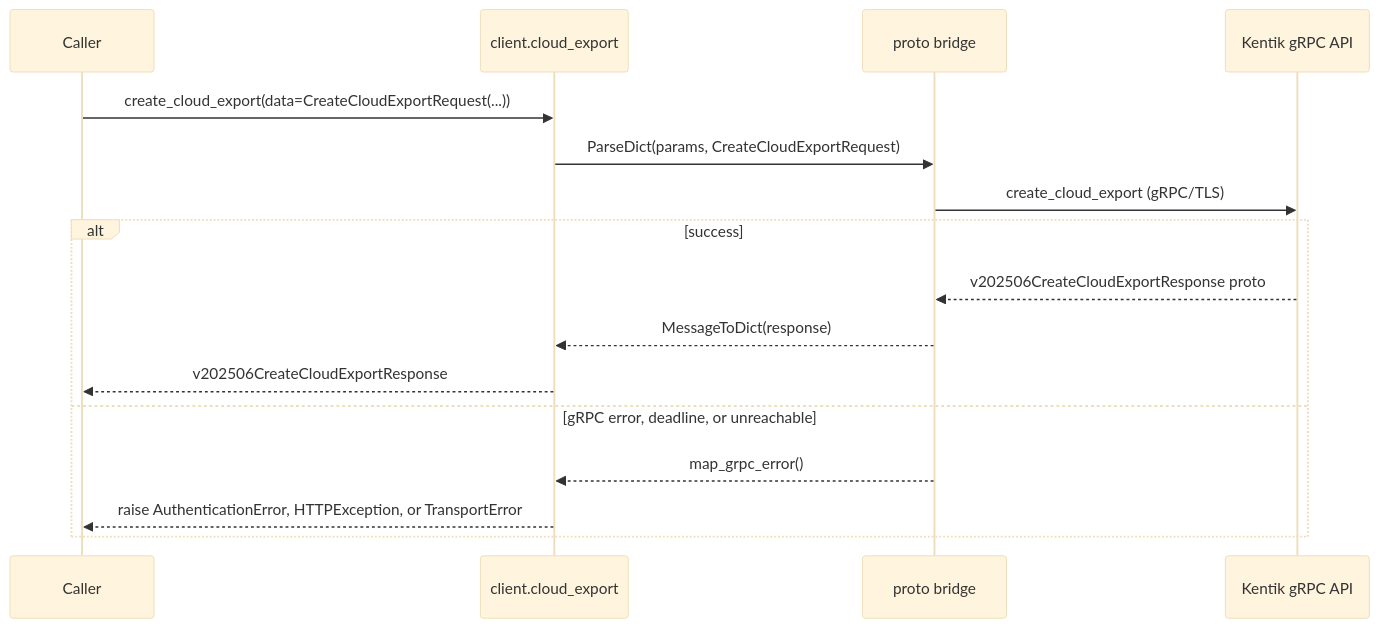
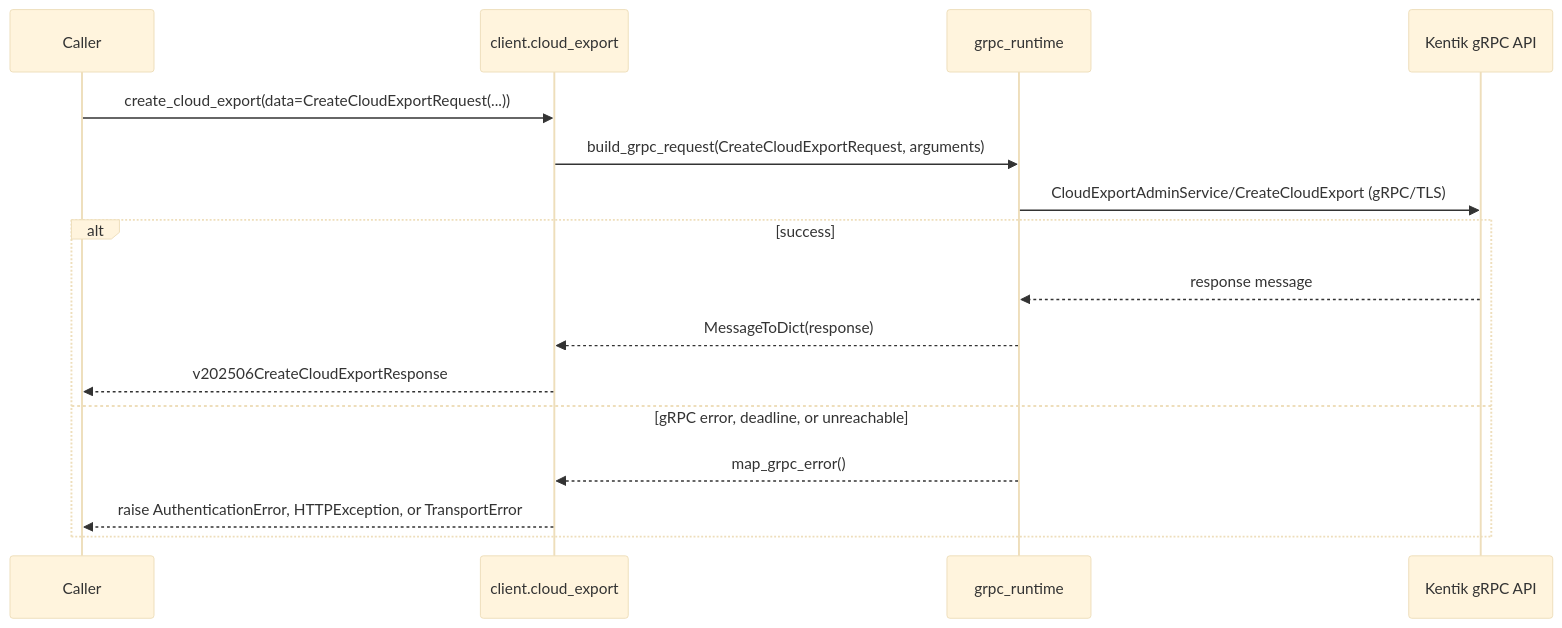
The fifth of 12 diagrams in docs/sphinx/services/cloud_export.md (alexdearaujo/community_sdk_python), drawn with Mermaid (base theme) before and after one commit. The commit also changed other lines of this file and 37 other files, not shown here.

First line of the commit message:
docs: show the real RPC in each service page's gRPC diagram

````diff
--- a/docs/sphinx/services/cloud_export.md
+++ b/docs/sphinx/services/cloud_export.md
@@ -127,19 +127,19 @@
 ```mermaid
 sequenceDiagram
     participant C as Caller
     participant W as client.cloud_export
-    participant B as proto bridge
+    participant R as grpc_runtime
     participant API as Kentik gRPC API
 
     C->>W: create_cloud_export(data=CreateCloudExportRequest(...))
-    W->>B: ParseDict(params, CreateCloudExportRequest)
-    B->>API: create_cloud_export (gRPC/TLS)
+    W->>R: build_grpc_request(CreateCloudExportRequest, arguments)
+    R->>API: CloudExportAdminService/CreateCloudExport (gRPC/TLS)
     alt success
-        API-->>B: v202506CreateCloudExportResponse proto
-        B-->>W: MessageToDict(response)
+        API-->>R: response message
+        R-->>W: MessageToDict(response)
         W-->>C: v202506CreateCloudExportResponse
     else gRPC error, deadline, or unreachable
-        B-->>W: map_grpc_error()
+        R-->>W: map_grpc_error()
         W-->>C: raise AuthenticationError, HTTPException, or TransportError
     end
 ```
````
